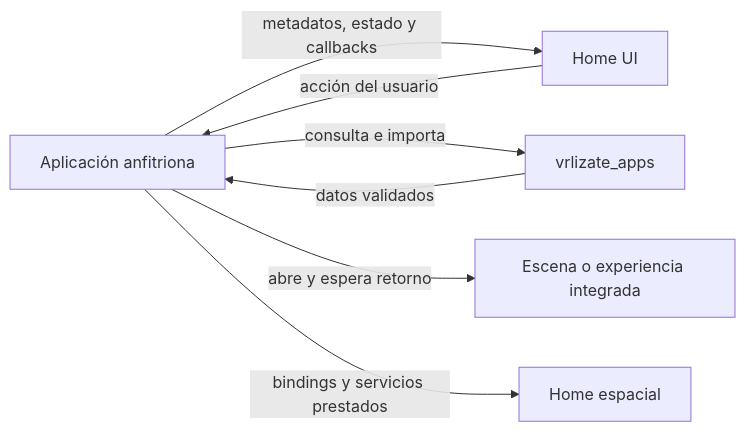
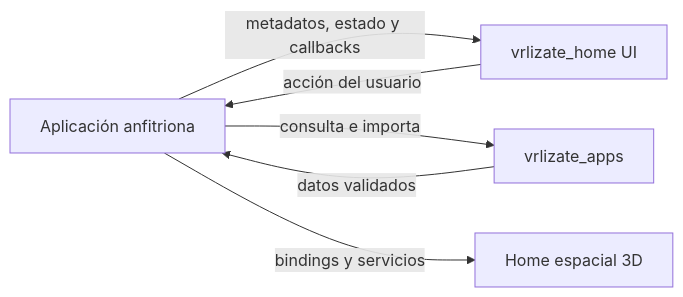
One commit to Open-Neom/vrlizate_home changed the diagram in README.md. Above: the diagram before and after it, drawn with Mermaid. The commit also changed other lines of this file, not shown here.

````diff
--- a/README.md
+++ b/README.md
@@ -23,9 +11,8 @@
-~~~mermaid
+```mermaid
 flowchart LR
-  Host[Aplicación anfitriona] -->|metadatos, estado y callbacks| Home[Home UI]
+  Host[Aplicación anfitriona] -->|metadatos, estado y callbacks| Home[vrlizate_home UI]
   Home -->|acción del usuario| Host
   Host -->|consulta e importa| Apps[vrlizate_apps]
   Apps -->|datos validados| Host
-  Host -->|abre y espera retorno| Experience[Escena o experiencia integrada]
-  Host -->|bindings y servicios prestados| Lobby[Home espacial]
-~~~
+  Host -->|bindings y servicios| Lobby[Home espacial 3D]
+```
````
